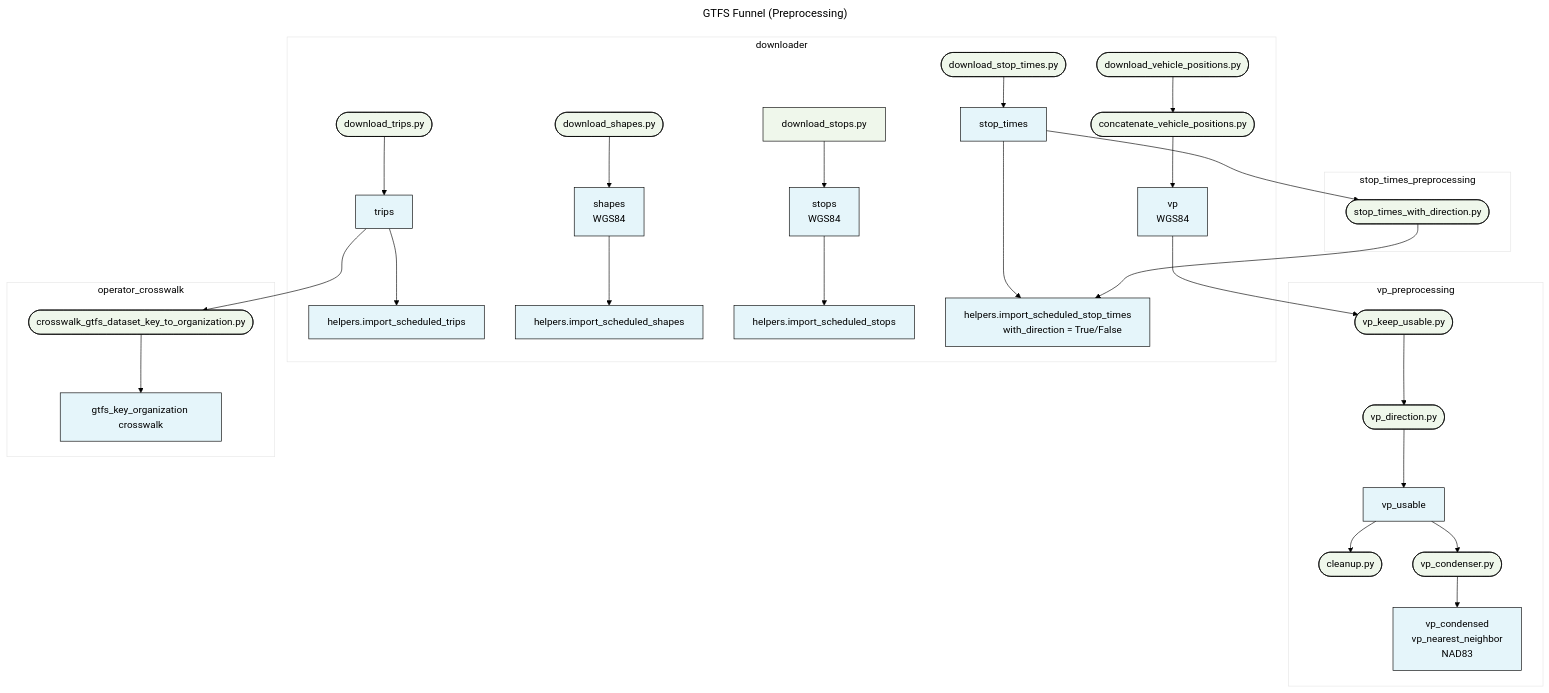
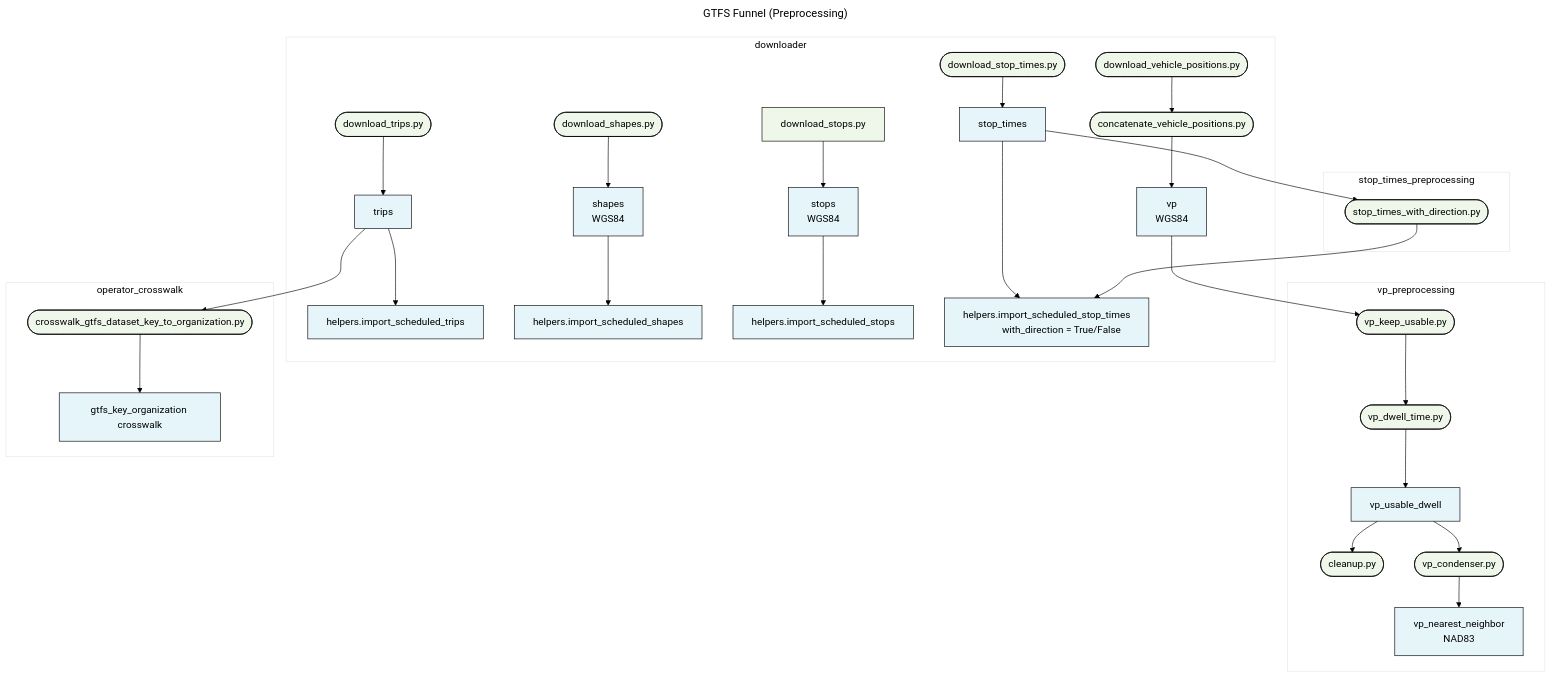
One commit to cal-itp/data-analyses changed the first of 4 diagrams in gtfs_funnel/mermaid.md. Above: the diagram before and after it, drawn with Mermaid.

Commit message:
update mermaid diagrams

````diff
--- a/gtfs_funnel/mermaid.md
+++ b/gtfs_funnel/mermaid.md
@@ -4,67 +4,67 @@
 ```mermaid
 ---
 title: GTFS Funnel (Preprocessing)
 ---
 %%{
   init: {
     'theme': 'base',
     'themeVariables': {
       'primaryColor': '#E5F5FA',
       'primaryTextColor': '#000',
       'primaryBorderColor': '#000',
       'lineColor': '#000',
       'secondaryColor': '#EFF7EB',
       'tertiaryColor': '#fff'
     }
   }
 }%%
 
 graph TB
     
     subgraph downloader
         classDef df fill:#E5F5FA
         classDef script fill:#EFF7EB
 
         A1([download_trips.py]):::script --> 
             A[trips]:::df --> 
             helpers.import_scheduled_trips;
         B1([download_shapes.py]):::script --> 
             B[shapes<br>WGS84]:::df --> 
             helpers.import_scheduled_shapes;
         C1[download_stops.py]:::script --> 
             C[stops<br>WGS84]:::df --> 
             helpers.import_scheduled_stops;
         D1([download_stop_times.py]):::script --> 
             D[stop_times]:::df --> 
             D2[helpers.import_scheduled_stop_times
             with_direction = True/False];
         E1([download_vehicle_positions.py]):::script --> 
             E2([concatenate_vehicle_positions.py]):::script 
             --> E[vp<br>WGS84]:::df;
 
     end
 
     subgraph stop_times_preprocessing
         D --> 
         D3([stop_times_with_direction.py]):::script --> 
         D2;
 
     end
 
     subgraph vp_preprocessing
         E --> E3([vp_keep_usable.py]):::script --> 
-            E4([vp_direction.py]):::script --> 
-            F[vp_usable]:::df --> 
+            E4([vp_dwell_time.py]):::script --> 
+            F[vp_usable_dwell]:::df --> 
             E5([cleanup.py]):::script;
         F --> F1([vp_condenser.py]):::script --> 
-            F2[vp_condensed<br>vp_nearest_neighbor<br>NAD83]:::df;
+            F2[vp_nearest_neighbor<br>NAD83]:::df;
     
     end
 
     subgraph operator_crosswalk
         A --> 
             G1([crosswalk_gtfs_dataset_key_to_organization.py]):::script 
             --> G[gtfs_key_organization crosswalk]:::df;
 
     end
 ```
````
